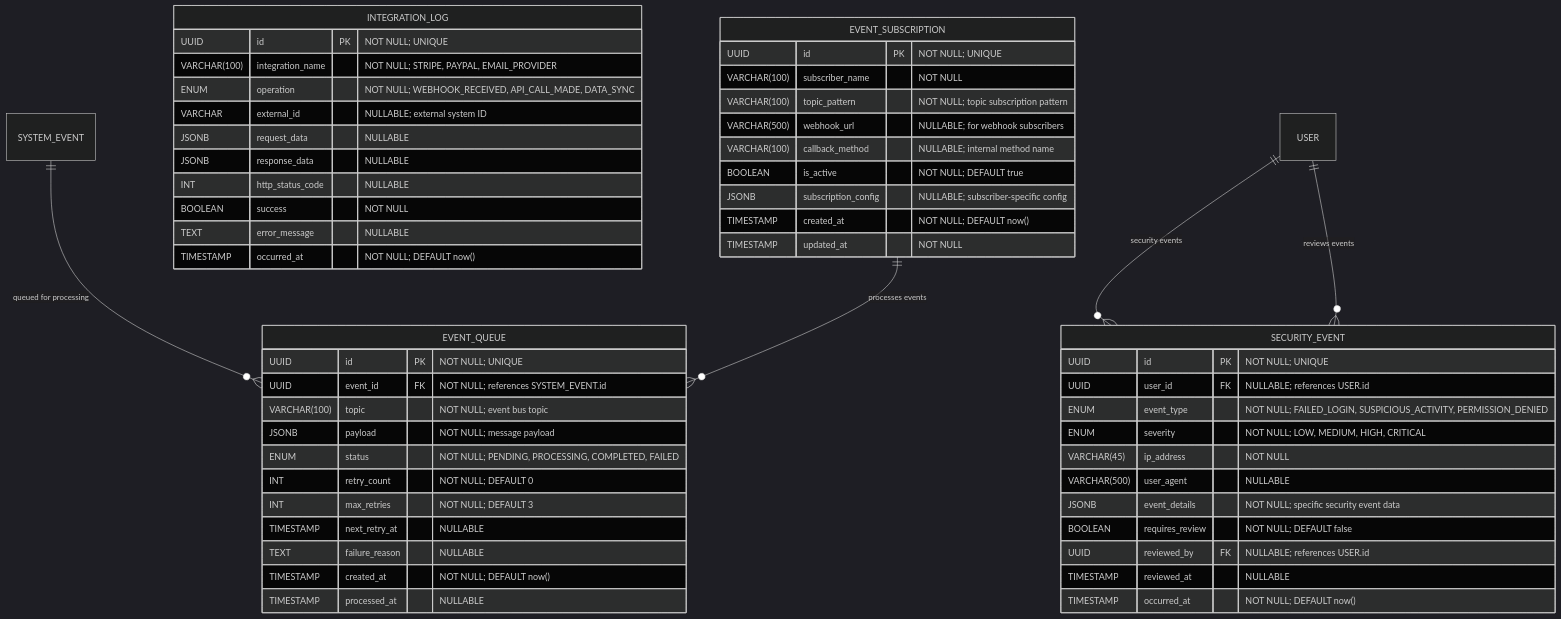
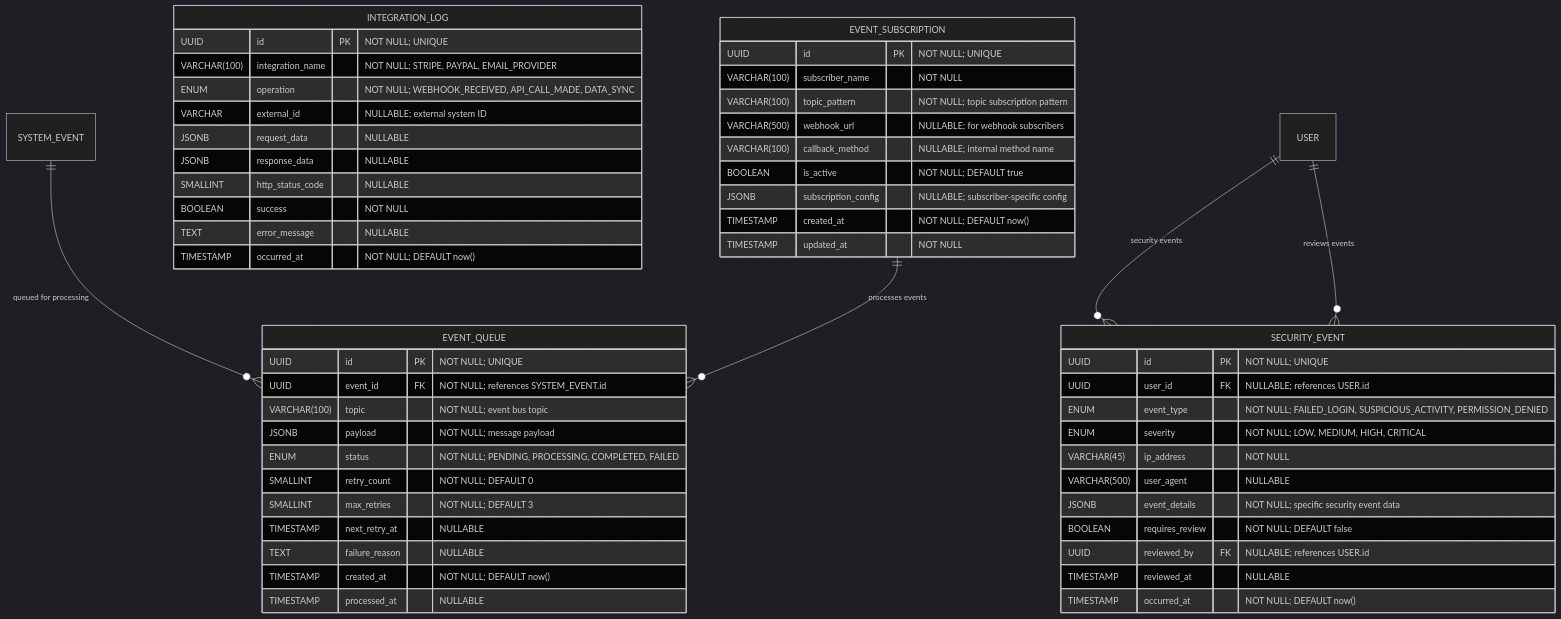
One commit to Dratharias/Motriforge changed the diagram in docs/audit_events/event_bus_integration_tracking.md. Above: the diagram before and after it, drawn with Mermaid (dark theme). The commit also changed 31 other files, not shown here.

````diff
--- a/docs/audit_events/event_bus_integration_tracking.md
+++ b/docs/audit_events/event_bus_integration_tracking.md
@@ -8,64 +8,64 @@
 ```mermaid
 erDiagram
   %%=== Layer 2: Event Bus & Integration Tracking ===%%
 
   EVENT_QUEUE {
     UUID id PK                         "NOT NULL; UNIQUE"
     UUID event_id FK                   "NOT NULL; references SYSTEM_EVENT.id"
     VARCHAR(100) topic                 "NOT NULL; event bus topic"
     JSONB payload                      "NOT NULL; message payload"
     ENUM status                        "NOT NULL; PENDING, PROCESSING, COMPLETED, FAILED"
-    INT retry_count                    "NOT NULL; DEFAULT 0"
-    INT max_retries                    "NOT NULL; DEFAULT 3"
+    SMALLINT retry_count                    "NOT NULL; DEFAULT 0"
+    SMALLINT max_retries                    "NOT NULL; DEFAULT 3"
     TIMESTAMP next_retry_at            "NULLABLE"
     TEXT failure_reason                "NULLABLE"
     TIMESTAMP created_at               "NOT NULL; DEFAULT now()"
     TIMESTAMP processed_at             "NULLABLE"
   }
 
   EVENT_SUBSCRIPTION {
     UUID id PK                         "NOT NULL; UNIQUE"
     VARCHAR(100) subscriber_name       "NOT NULL"
     VARCHAR(100) topic_pattern         "NOT NULL; topic subscription pattern"
     VARCHAR(500) webhook_url           "NULLABLE; for webhook subscribers"
     VARCHAR(100) callback_method       "NULLABLE; internal method name"
     BOOLEAN is_active                  "NOT NULL; DEFAULT true"
     JSONB subscription_config          "NULLABLE; subscriber-specific config"
     TIMESTAMP created_at               "NOT NULL; DEFAULT now()"
     TIMESTAMP updated_at               "NOT NULL"
   }
 
   INTEGRATION_LOG {
     UUID id PK                         "NOT NULL; UNIQUE"
     VARCHAR(100) integration_name      "NOT NULL; STRIPE, PAYPAL, EMAIL_PROVIDER"
     ENUM operation                     "NOT NULL; WEBHOOK_RECEIVED, API_CALL_MADE, DATA_SYNC"
     VARCHAR external_id                "NULLABLE; external system ID"
     JSONB request_data                 "NULLABLE"
     JSONB response_data                "NULLABLE"
-    INT http_status_code               "NULLABLE"
+    SMALLINT http_status_code               "NULLABLE"
     BOOLEAN success                    "NOT NULL"
     TEXT error_message                 "NULLABLE"
     TIMESTAMP occurred_at              "NOT NULL; DEFAULT now()"
   }
 
   SECURITY_EVENT {
     UUID id PK                         "NOT NULL; UNIQUE"
     UUID user_id FK                    "NULLABLE; references USER.id"
     ENUM event_type                    "NOT NULL; FAILED_LOGIN, SUSPICIOUS_ACTIVITY, PERMISSION_DENIED"
     ENUM severity                      "NOT NULL; LOW, MEDIUM, HIGH, CRITICAL"
     VARCHAR(45) ip_address             "NOT NULL"
     VARCHAR(500) user_agent            "NULLABLE"
     JSONB event_details                "NOT NULL; specific security event data"
     BOOLEAN requires_review            "NOT NULL; DEFAULT false"
     UUID reviewed_by FK                "NULLABLE; references USER.id"
     TIMESTAMP reviewed_at              "NULLABLE"
     TIMESTAMP occurred_at              "NOT NULL; DEFAULT now()"
   }
 
   %%— Relationships in Layer 2 —
   SYSTEM_EVENT ||--o{ EVENT_QUEUE     : "queued for processing"
   EVENT_SUBSCRIPTION ||--o{ EVENT_QUEUE : "processes events"
   USER ||--o{ SECURITY_EVENT          : "security events"
   USER ||--o{ SECURITY_EVENT          : "reviews events"
 
 ```
````
